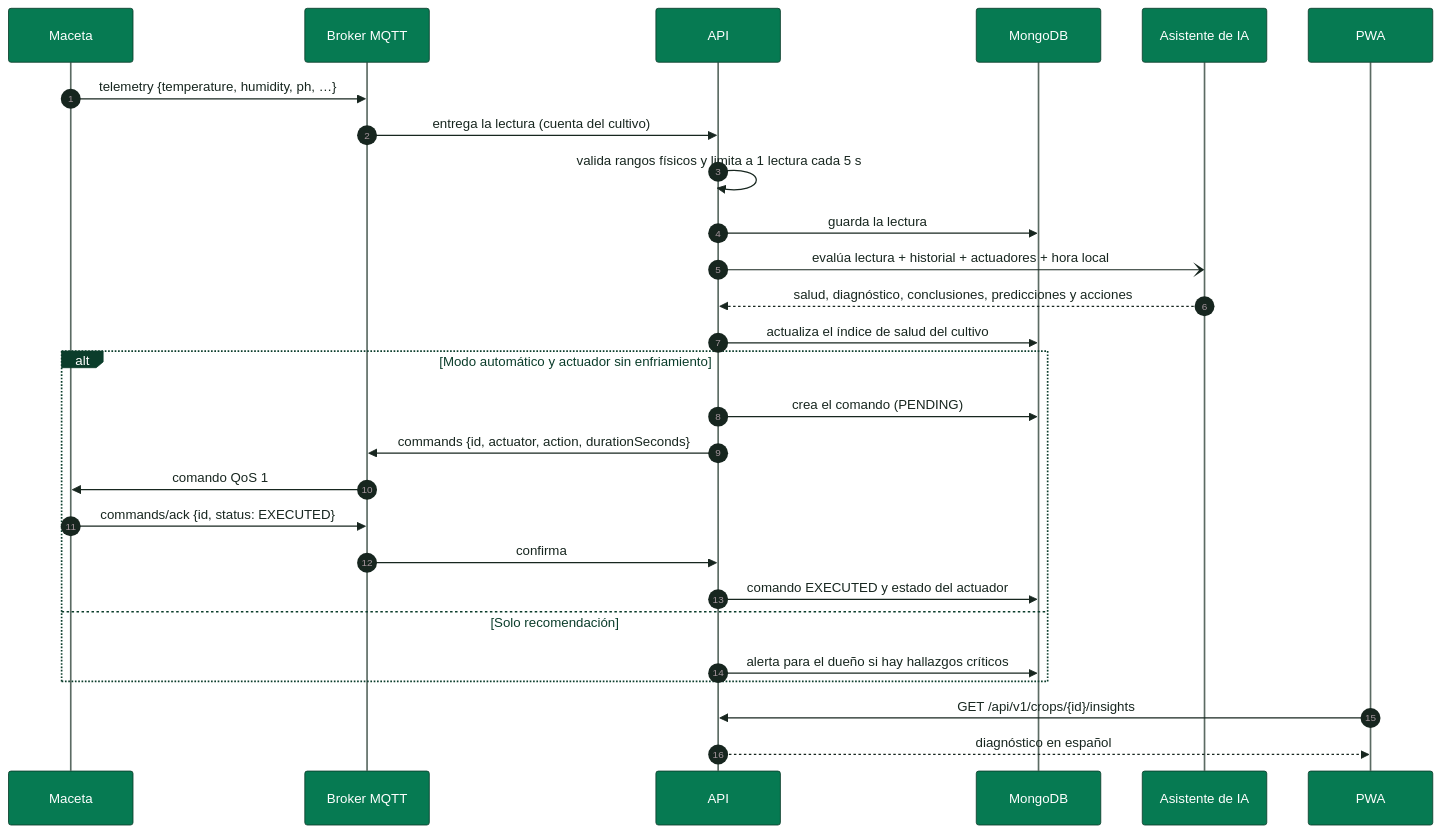
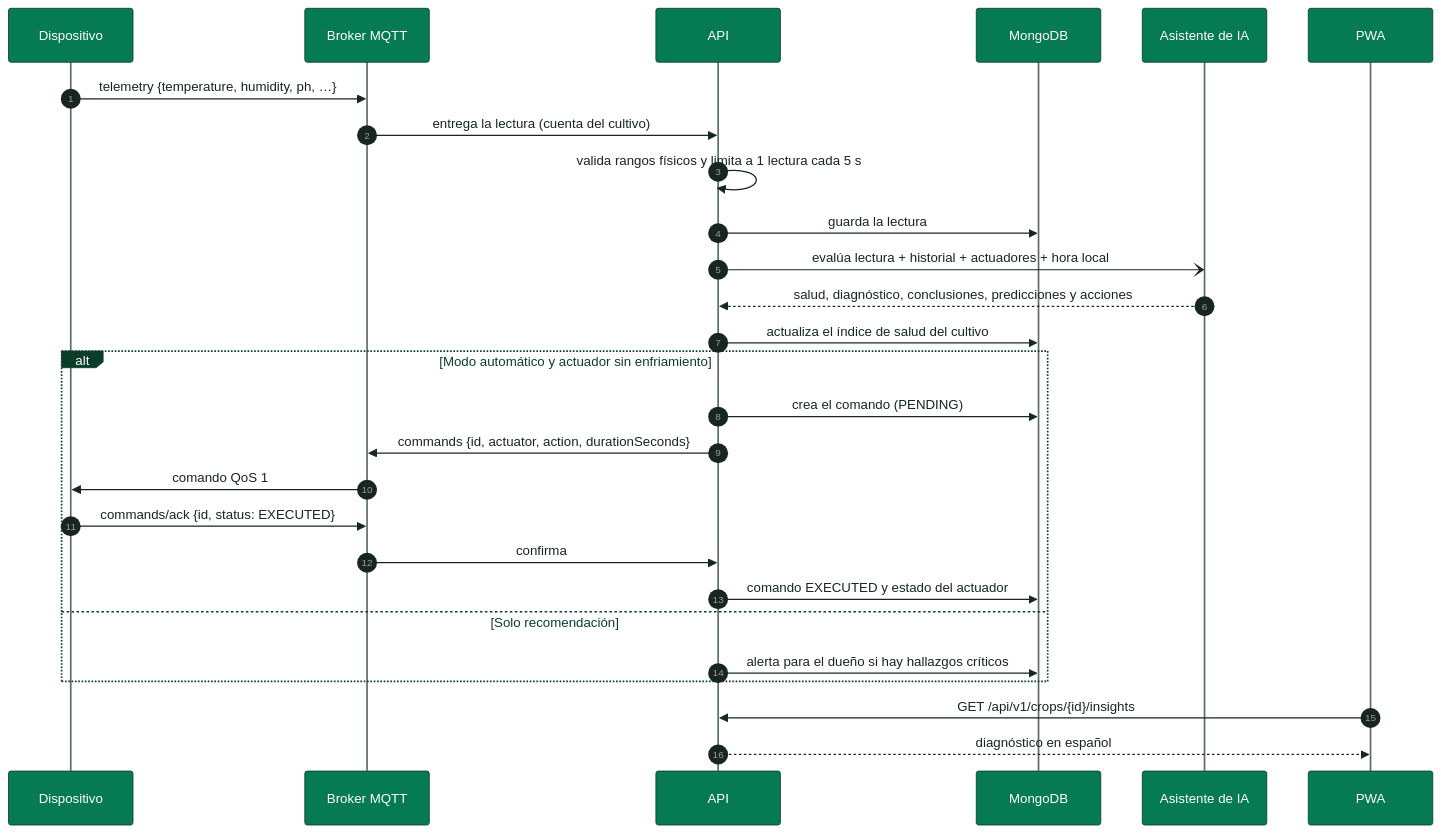
Before and after one commit to SmartPotTech/.github: the diagram in docs/diagrams/SmartPot_02_Reading_Sequence.mmd, drawn with Mermaid.

Commit message:
Name the device in the reading sequence

```diff
--- a/docs/diagrams/SmartPot_02_Reading_Sequence.mmd
+++ b/docs/diagrams/SmartPot_02_Reading_Sequence.mmd
@@ -1,28 +1,28 @@
 %%{init: {"theme": "base", "fontFamily": "Segoe UI, Arial, sans-serif", "themeVariables": {"fontFamily": "Segoe UI, Arial, sans-serif", "fontSize": "15px", "primaryColor": "#DDF5EA", "primaryTextColor": "#17261F", "primaryBorderColor": "#067A52", "secondaryColor": "#E3F2FB", "secondaryTextColor": "#17261F", "secondaryBorderColor": "#1F6FA0", "tertiaryColor": "#F2F7F4", "tertiaryTextColor": "#17261F", "tertiaryBorderColor": "#D5E3DC", "lineColor": "#5B6B63", "textColor": "#17261F", "mainBkg": "#DDF5EA", "nodeBorder": "#067A52", "clusterBkg": "#F7FAF8", "clusterBorder": "#D5E3DC", "edgeLabelBackground": "#FFFFFF", "actorBkg": "#067A52", "actorBorder": "#0B3D2B", "actorTextColor": "#FFFFFF", "actorLineColor": "#5B6B63", "signalColor": "#17261F", "signalTextColor": "#17261F", "labelBoxBkgColor": "#0B3D2B", "labelBoxBorderColor": "#0B3D2B", "labelTextColor": "#FFFFFF", "loopTextColor": "#0B3D2B", "noteBkgColor": "#FDF4DD", "noteBorderColor": "#C98D12", "noteTextColor": "#17261F", "activationBkgColor": "#DDF5EA", "activationBorderColor": "#067A52", "attributeBackgroundColorOdd": "#FFFFFF", "attributeBackgroundColorEven": "#F2F7F4"}}}%%
 sequenceDiagram
   autonumber
-  participant M as Maceta
+  participant M as Dispositivo
   participant B as Broker MQTT
   participant A as API
   participant D as MongoDB
   participant I as Asistente de IA
   participant U as PWA
   M->>B: telemetry {temperature, humidity, ph, …}
   B->>A: entrega la lectura (cuenta del cultivo)
   A->>A: valida rangos físicos y limita a 1 lectura cada 5 s
   A->>D: guarda la lectura
   A-)I: evalúa lectura + historial + actuadores + hora local
   I-->>A: salud, diagnóstico, conclusiones, predicciones y acciones
   A->>D: actualiza el índice de salud del cultivo
   alt Modo automático y actuador sin enfriamiento
     A->>D: crea el comando (PENDING)
     A->>B: commands {id, actuator, action, durationSeconds}
     B->>M: comando QoS 1
     M->>B: commands/ack {id, status: EXECUTED}
     B->>A: confirma
     A->>D: comando EXECUTED y estado del actuador
   else Solo recomendación
     A->>D: alerta para el dueño si hay hallazgos críticos
   end
   U->>A: GET /api/v1/crops/{id}/insights
   A-->>U: diagnóstico en español
```
